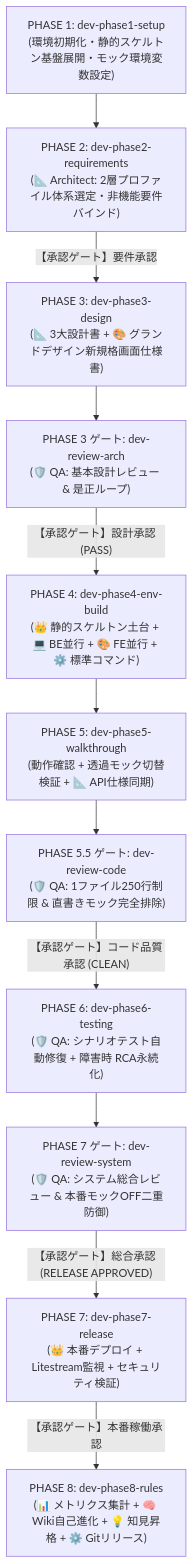
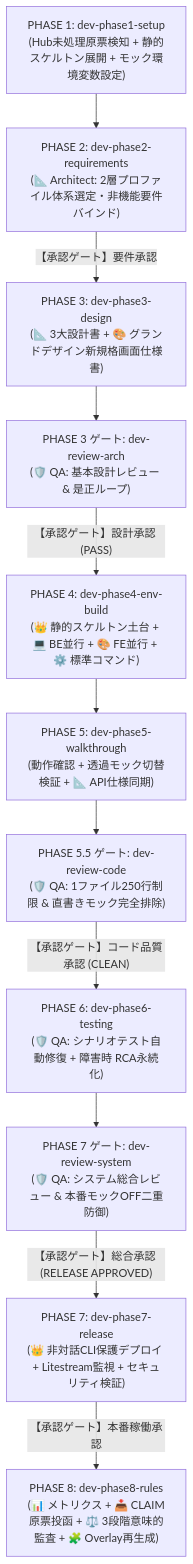
One commit to LeoPanda/template changed the second of 3 diagrams in README.md. Above: the diagram before and after it, drawn with Mermaid. The commit also changed other lines of this file and 57 other files, not shown here.

````diff
--- a/README.md
+++ b/README.md
@@ -241,13 +239,13 @@
 ```mermaid
 flowchart TD
-    P1["PHASE 1: dev-phase1-setup\n(環境初期化・静的スケルトン基盤展開・モック環境変数設定)"] --> P2["PHASE 2: dev-phase2-requirements\n(📐 Architect: 2層プロファイル体系選定・非機能要件バインド)"]
+    P1["PHASE 1: dev-phase1-setup\n(Hub未処理原票検知 + 静的スケルトン展開 + モック環境変数設定)"] --> P2["PHASE 2: dev-phase2-requirements\n(📐 Architect: 2層プロファイル体系選定・非機能要件バインド)"]
     P2 -->|"【承認ゲート】要件承認"| P3["PHASE 3: dev-phase3-design\n(📐 3大設計書 + 🎨 グランドデザイン新規格画面仕様書)"]
     P3 --> R3["PHASE 3 ゲート: dev-review-arch\n(🛡️ QA: 基本設計レビュー & 是正ループ)"]
     R3 -->|"【承認ゲート】設計承認 (PASS)"| P4["PHASE 4: dev-phase4-env-build\n(👑 静的スケルトン土台 + 💻 BE並行 + 🎨 FE並行 + ⚙️ 標準コマンド)"]
     P4 --> P5["PHASE 5: dev-phase5-walkthrough\n(動作確認 + 透過モック切替検証 + 📐 API仕様同期)"]
     P5 --> R5["PHASE 5.5 ゲート: dev-review-code\n(🛡️ QA: 1ファイル250行制限 & 直書きモック完全排除)"]
     R5 -->|"【承認ゲート】コード品質承認 (CLEAN)"| P6["PHASE 6: dev-phase6-testing\n(🛡️ QA: シナリオテスト自動修復 + 障害時 RCA永続化)"]
     P6 --> R7["PHASE 7 ゲート: dev-review-system\n(🛡️ QA: システム総合レビュー & 本番モックOFF二重防御)"]
-    R7 -->|"【承認ゲート】総合承認 (RELEASE APPROVED)"| P7["PHASE 7: dev-phase7-release\n(👑 本番デプロイ + Litestream監視 + セキュリティ検証)"]
-    P7 -->|"【承認ゲート】本番稼働承認"| P8["PHASE 8: dev-phase8-rules\n(📊 メトリクス集計 + 🧠 Wiki自己進化 + 💡 知見昇格 + ⚙️ Gitリリース)"]
+    R7 -->|"【承認ゲート】総合承認 (RELEASE APPROVED)"| P7["PHASE 7: dev-phase7-release\n(👑 非対話CLI保護デプロイ + Litestream監視 + セキュリティ検証)"]
+    P7 -->|"【承認ゲート】本番稼働承認"| P8["PHASE 8: dev-phase8-rules\n(📊 メトリクス + 📥 CLAIM原票投函 + ⚖️ 3段階意味的監査 + 🧩 Overlay再生成)"]
 ```
````
